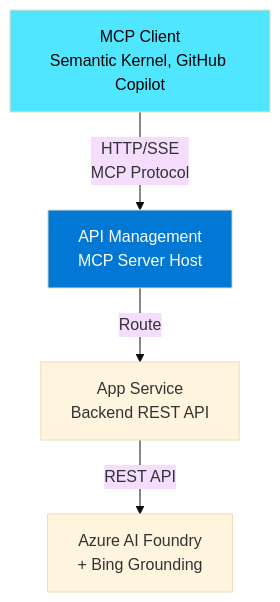
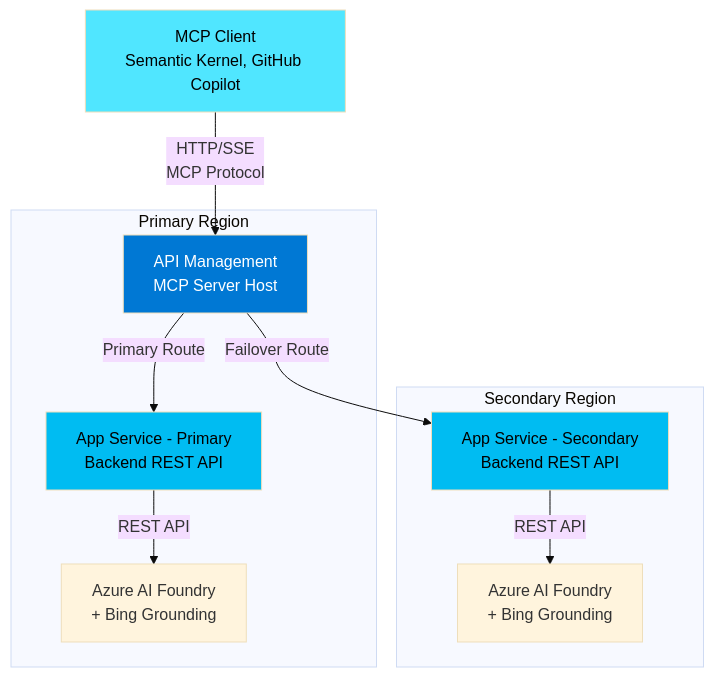
Before and after one commit to drewelewis/ai-bing-grounding-mcp-appservice: the diagram in docs/APIM_MCP_SERVER.md, drawn with Mermaid (base theme). The commit also changed 7 other files, not shown here.

````diff
--- a/docs/APIM_MCP_SERVER.md
+++ b/docs/APIM_MCP_SERVER.md
@@ -9,14 +9,26 @@
 ```mermaid
 graph TB
     Client[MCP Client<br/>Semantic Kernel, GitHub Copilot]
-    APIM[API Management<br/>MCP Server Host]
-    AppService[App Service<br/>Backend REST API]
-    AIFoundry[Azure AI Foundry<br/>+ Bing Grounding]
+    
+    subgraph PrimaryRegion["Primary Region"]
+        APIM[API Management<br/>MCP Server Host]
+        AppService1[App Service - Primary<br/>Backend REST API]
+        AIFoundry1[Azure AI Foundry<br/>+ Bing Grounding]
+    end
+    
+    subgraph SecondaryRegion["Secondary Region"]
+        AppService2[App Service - Secondary<br/>Backend REST API]
+        AIFoundry2[Azure AI Foundry<br/>+ Bing Grounding]
+    end
     
     Client -->|HTTP/SSE<br/>MCP Protocol| APIM
-    APIM -->|Route| AppService
-    AppService -->|REST API| AIFoundry
+    APIM -->|Primary Route| AppService1
+    APIM -->|Failover Route| AppService2
+    AppService1 -->|REST API| AIFoundry1
+    AppService2 -->|REST API| AIFoundry2
     
     style APIM fill:#0078d4,color:#fff
     style Client fill:#50e6ff,color:#000
+    style AppService1 fill:#00bcf2,color:#000
+    style AppService2 fill:#00bcf2,color:#000
 ```
````
